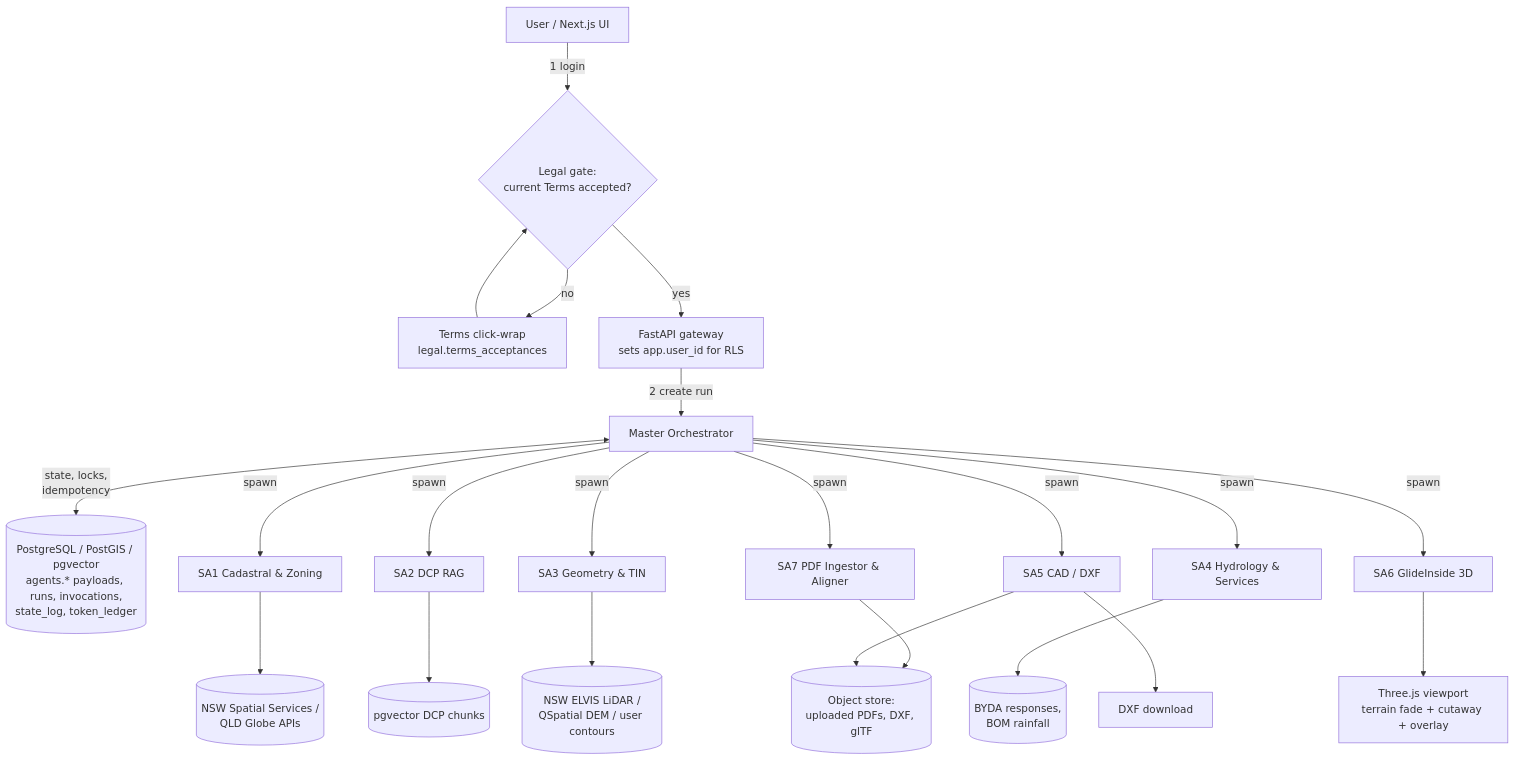
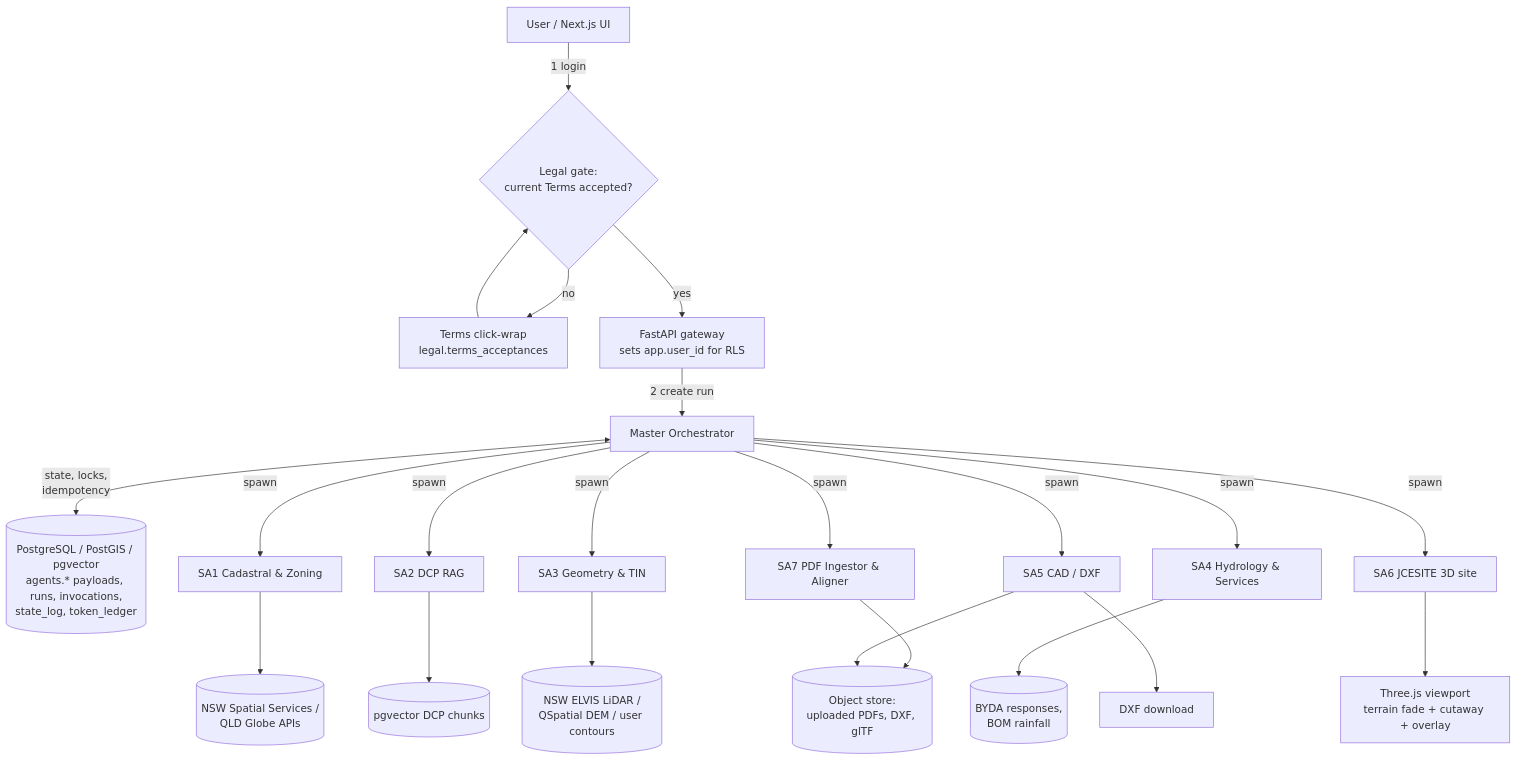
Before and after one commit to JaydenCal/JCE: the first of 3 diagrams in cadastral-platform/docs/01-orchestration-topology.md, drawn with Mermaid. The commit also changed other lines of this file and 125 other files, not shown here.

First line of the commit message:
JCESITE 3D site tool: stages 2 to 5

````diff
--- a/cadastral-platform/docs/01-orchestration-topology.md
+++ b/cadastral-platform/docs/01-orchestration-topology.md
@@ -36,26 +36,26 @@
 ```mermaid
 flowchart TB
     U[User / Next.js UI] -->|1 login| GATE{Legal gate:<br/>current Terms accepted?}
     GATE -- no --> TC[Terms click-wrap<br/>legal.terms_acceptances]
     TC --> GATE
     GATE -- yes --> API[FastAPI gateway<br/>sets app.user_id for RLS]
     API -->|2 create run| ORCH[Master Orchestrator]
 
     ORCH <-->|state, locks,<br/>idempotency| PG[(PostgreSQL / PostGIS / pgvector<br/>agents.* payloads, runs, invocations,<br/>state_log, token_ledger)]
     ORCH -->|spawn| SA1[SA1 Cadastral & Zoning]
     ORCH -->|spawn| SA7[SA7 PDF Ingestor & Aligner]
     ORCH -->|spawn| SA2[SA2 DCP RAG]
     ORCH -->|spawn| SA3[SA3 Geometry & TIN]
     ORCH -->|spawn| SA4[SA4 Hydrology & Services]
     ORCH -->|spawn| SA5[SA5 CAD / DXF]
-    ORCH -->|spawn| SA6[SA6 GlideInside 3D]
+    ORCH -->|spawn| SA6[SA6 JCESITE 3D site]
 
     SA1 --> EXT1[(NSW Spatial Services /<br/>QLD Globe APIs)]
     SA2 --> PGV[(pgvector DCP chunks)]
     SA4 --> EXT2[(BYDA responses,<br/>BOM rainfall)]
     SA3 --> EXT3[(NSW ELVIS LiDAR /<br/>QSpatial DEM / user contours)]
     SA7 --> OBJ[(Object store:<br/>uploaded PDFs, DXF, glTF)]
     SA5 --> OBJ
     SA6 --> VIEW[Three.js viewport<br/>terrain fade + cutaway + overlay]
     SA5 --> DL[DXF download]
 ```
````
